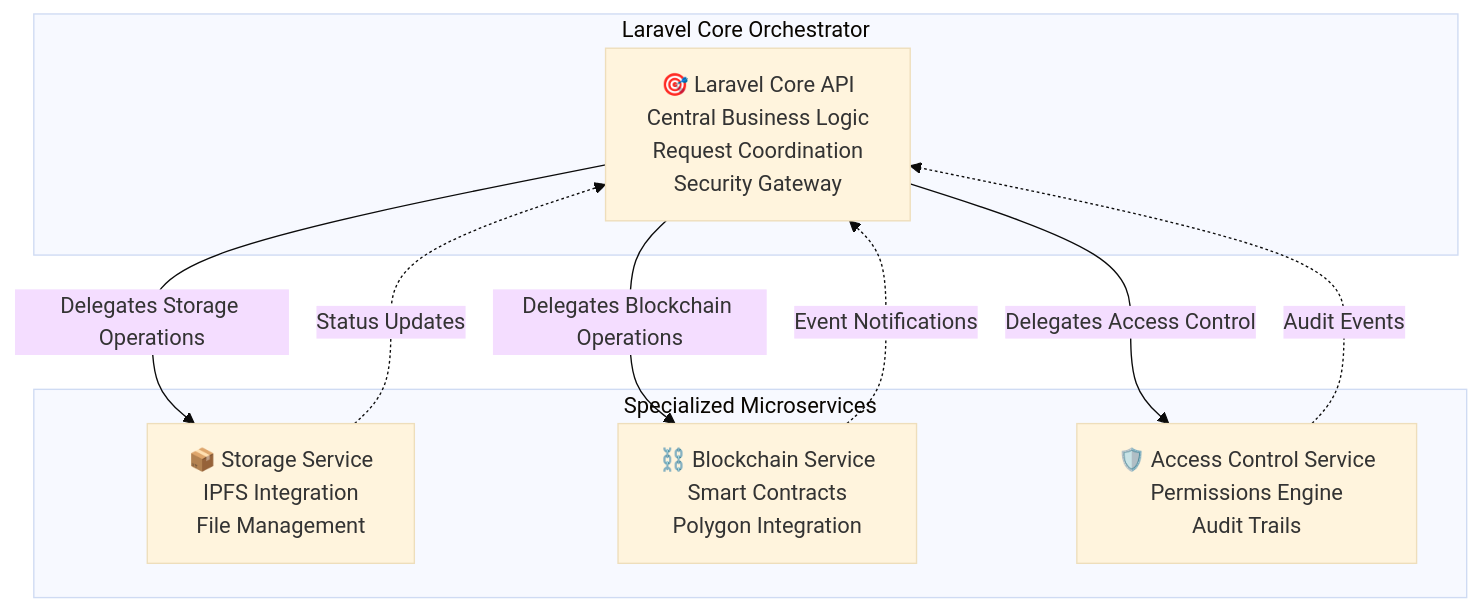
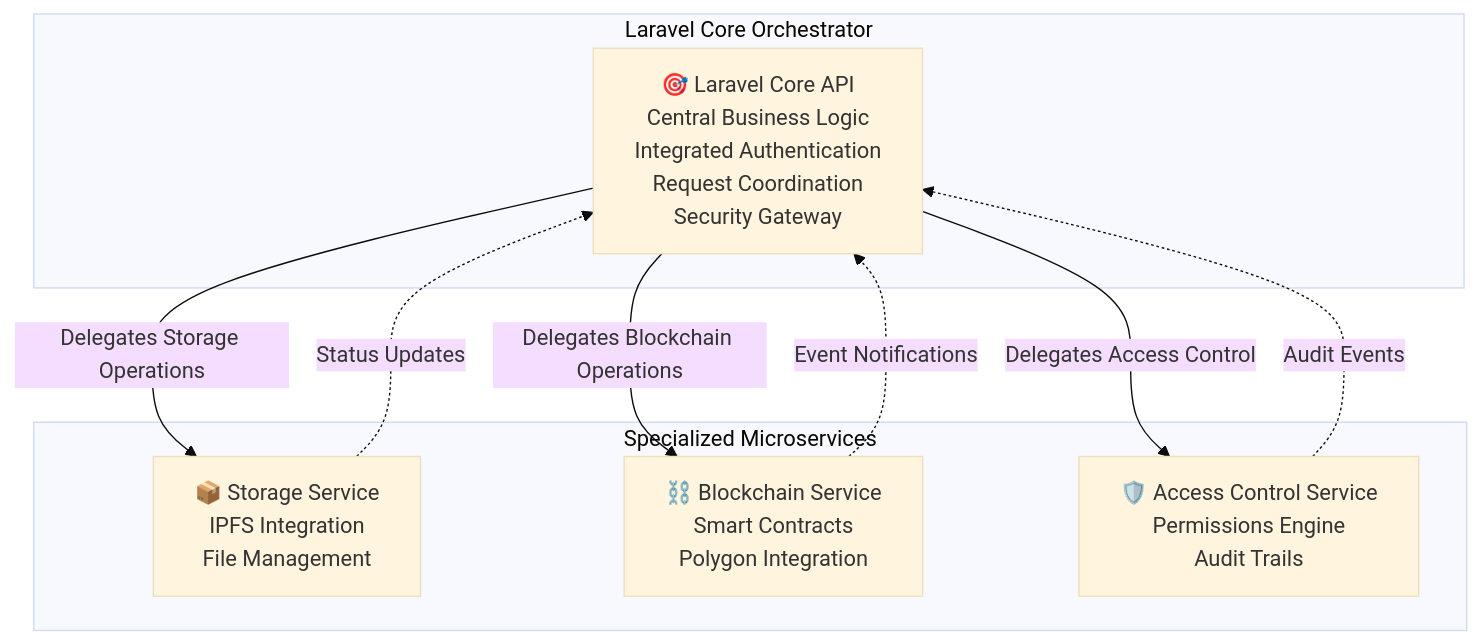
The seventh of 7 diagrams in README.md (MossabMilha/OM-VaultChain), drawn with Mermaid (base theme) before and after one commit. The commit also changed other lines of this file and 10 other files, not shown here.

````diff
--- a/README.md
+++ b/README.md
@@ -759,20 +896,20 @@
 ```mermaid
 graph TB
     subgraph "Laravel Core Orchestrator"
-        LARAVEL[🎯 Laravel Core API<br/>Central Business Logic<br/>Request Coordination<br/>Security Gateway]
+        LARAVEL[🎯 Laravel Core API<br/>Central Business Logic<br/>Integrated Authentication<br/>Request Coordination<br/>Security Gateway]
     end
 
     subgraph "Specialized Microservices"
         STORAGE[📦 Storage Service<br/>IPFS Integration<br/>File Management]
         BLOCKCHAIN[⛓️ Blockchain Service<br/>Smart Contracts<br/>Polygon Integration]
         ACCESS[🛡️ Access Control Service<br/>Permissions Engine<br/>Audit Trails]
     end
 
     LARAVEL -->|Delegates Storage Operations| STORAGE
     LARAVEL -->|Delegates Blockchain Operations| BLOCKCHAIN
     LARAVEL -->|Delegates Access Control| ACCESS
 
     STORAGE -.->|Status Updates| LARAVEL
     BLOCKCHAIN -.->|Event Notifications| LARAVEL
     ACCESS -.->|Audit Events| LARAVEL
 ```
````
